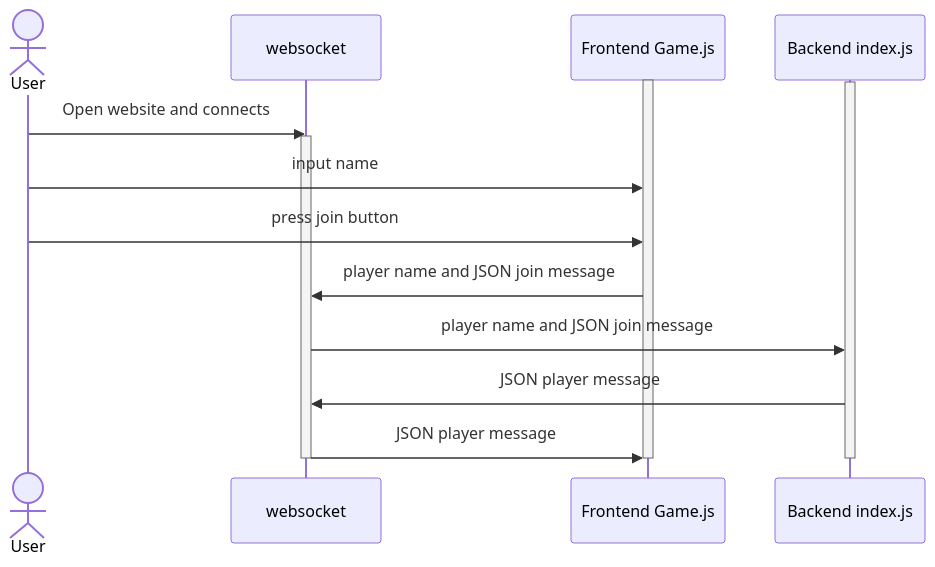
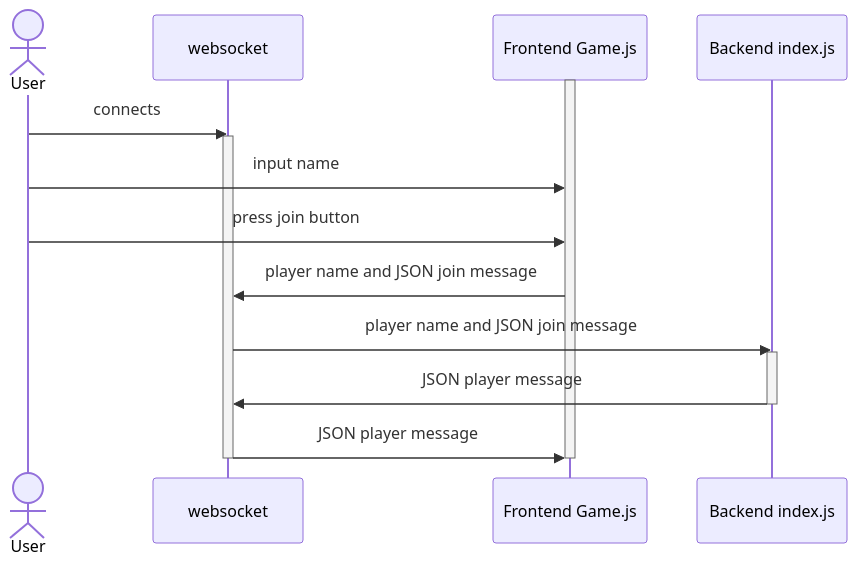
One commit to cis3296f24/cis3296f24-classroom-applebaum-final-projects-tu-cis-4398-docs-template changed the first of 2 diagrams in README.md. Above: the diagram before and after it, drawn with Mermaid.

````diff
--- a/README.md
+++ b/README.md
@@ -13,23 +13,22 @@
 ```mermaid
 
 sequenceDiagram
     actor User
     participant websocket
     participant Frontend Game.js
     participant Backend index.js
     
     activate Frontend Game.js
-    activate Backend index.js
-    User ->> websocket: Open website and connects
+    User ->> websocket: connects
     activate websocket
-    
     User ->> Frontend Game.js: input name
     User ->> Frontend Game.js: press join button
     Frontend Game.js ->> websocket: player name and JSON join message
     websocket ->> Backend index.js: player name and JSON join message
+    activate Backend index.js
     Backend index.js ->> websocket: JSON player message
+    deactivate Backend index.js
     websocket ->> Frontend Game.js: JSON player message
     deactivate websocket
     deactivate Frontend Game.js
-    deactivate Backend index.js
 ```
````
